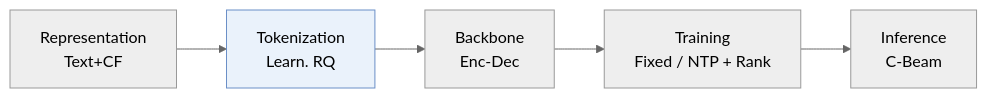
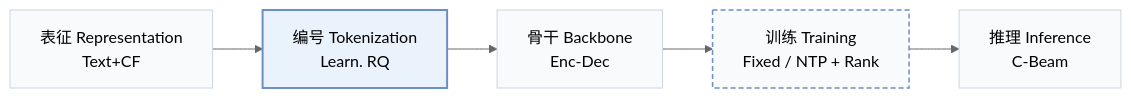
One commit to Galaxy-ghost/Awesome-SID-Generative-Rec changed the first of 3 diagrams in pages/zh/papers/letter.md. Above: the diagram before and after it, drawn with Mermaid (neutral theme). The commit also changed other lines of this file and 649 other files, not shown here.

Commit message:
writer-05: also tags and modality index (schema, check, build, visuals); summary field removed; calibration data for 12 papers

````diff
--- a/pages/zh/papers/letter.md
+++ b/pages/zh/papers/letter.md
@@ -13,6 +15,10 @@
 ```mermaid
 flowchart LR
-    R["Representation<br/>Text+CF"] --> T["Tokenization<br/>Learn. RQ"] --> B["Backbone<br/>Enc-Dec"] --> TR["Training<br/>Fixed / NTP + Rank"] --> I["Inference<br/>C-Beam"]
-    classDef main fill:#eaf2fb,stroke:#6b8fc7
+    R["表征 Representation<br/>Text+CF"] --> T["编号 Tokenization<br/>Learn. RQ"] --> B["骨干 Backbone<br/>Enc-Dec"] --> TR["训练 Training<br/>Fixed / NTP + Rank"] --> I["推理 Inference<br/>C-Beam"]
+    classDef base fill:#f8fafc,stroke:#cbd5e1
+    class R,T,B,TR,I base
+    classDef also fill:#f8fafc,stroke:#6b8fc7,stroke-width:1.5px,stroke-dasharray:5 3
+    class TR also
+    classDef main fill:#eaf2fb,stroke:#6b8fc7,stroke-width:2px
     class T main
 ```
````
